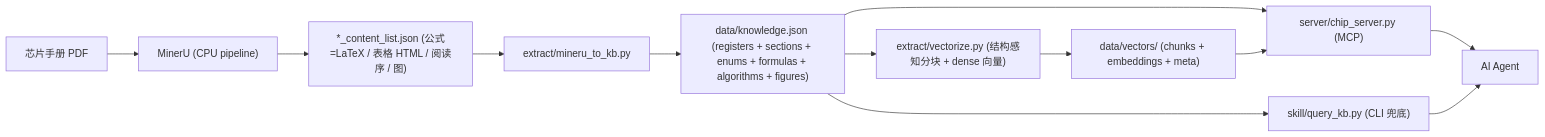
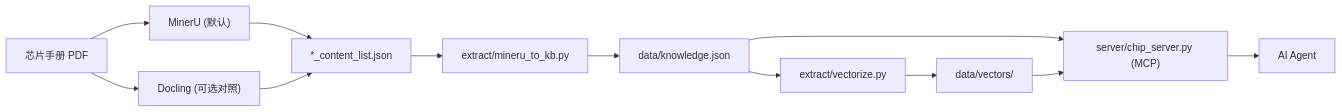
The diagram in README.md (Justin-Yijun/chip_manual_kit), drawn with Mermaid before and after one commit. The commit also changed other lines of this file and 13 other files, not shown here.

````diff
--- a/README.md
+++ b/README.md
@@ -8,14 +8,14 @@
 ```mermaid
 flowchart LR
-  pdf[芯片手册 PDF] --> mineru["MinerU (CPU pipeline)"]
-  mineru --> cl["*_content_list.json (公式=LaTeX / 表格 HTML / 阅读序 / 图)"]
+  pdf[芯片手册 PDF] --> mineru["MinerU (默认)"]
+  pdf --> docling["Docling (可选对照)"]
+  mineru --> cl["*_content_list.json"]
+  docling --> cl
   cl --> kb["extract/mineru_to_kb.py"]
-  kb --> know["data/knowledge.json (registers + sections + enums + formulas + algorithms + figures)"]
-  know --> vec["extract/vectorize.py (结构感知分块 + dense 向量)"]
-  vec --> vidx["data/vectors/ (chunks + embeddings + meta)"]
+  kb --> know["data/knowledge.json"]
+  know --> vec["extract/vectorize.py"]
+  vec --> vidx["data/vectors/"]
   know --> srv["server/chip_server.py (MCP)"]
   vidx --> srv
   srv --> agent[AI Agent]
-  know --> cli["skill/query_kb.py (CLI 兜底)"]
-  cli --> agent
 ```
````
